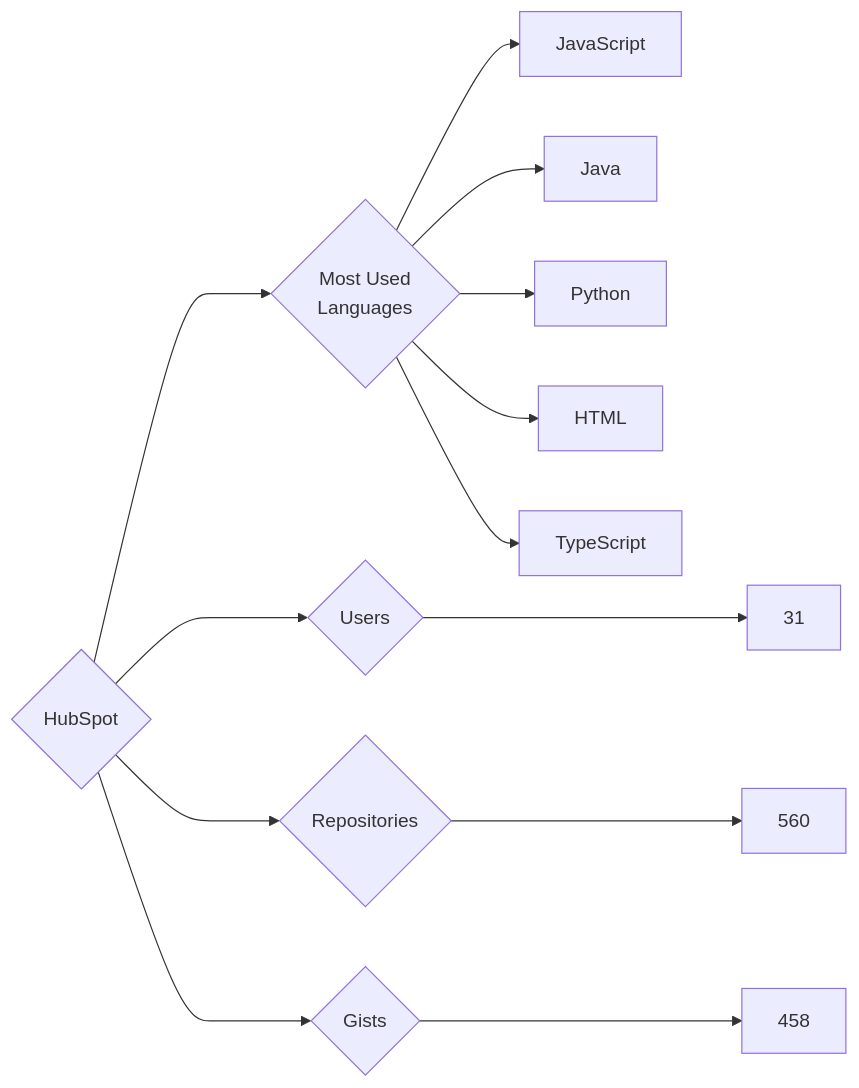
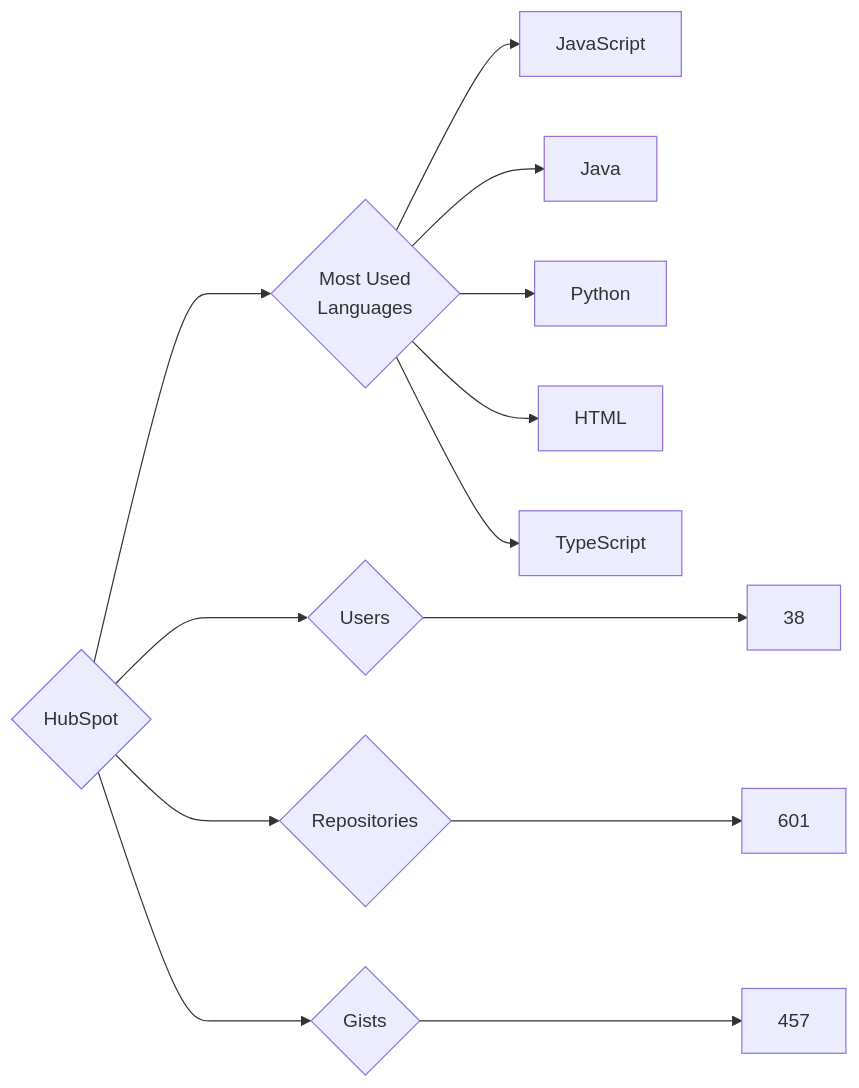
Before and after one commit to trickest/insiders: the diagram in targets/HubSpot/README.md, drawn with Mermaid. The commit also changed 860 other files, not shown here.

````diff
--- a/targets/HubSpot/README.md
+++ b/targets/HubSpot/README.md
@@ -3,13 +3,13 @@
 ```mermaid
 graph LR
 COMPANY_NAME{HubSpot}
-COMPANY_NAME ---> U{Users} ---> UN[31]
-COMPANY_NAME ---> R{Repositories} ---> RN[560]
-COMPANY_NAME ---> G{Gists} ---> GN[458]
+COMPANY_NAME ---> U{Users} ---> UN[38]
+COMPANY_NAME ---> R{Repositories} ---> RN[601]
+COMPANY_NAME ---> G{Gists} ---> GN[457]
 COMPANY_NAME ---> ML{Most Used<br>Languages}
 ML --> JavaScript[JavaScript]
 ML --> Java[Java]
 ML --> Python[Python]
 ML --> HTML[HTML]
 ML --> TypeScript[TypeScript]
 ```
````
